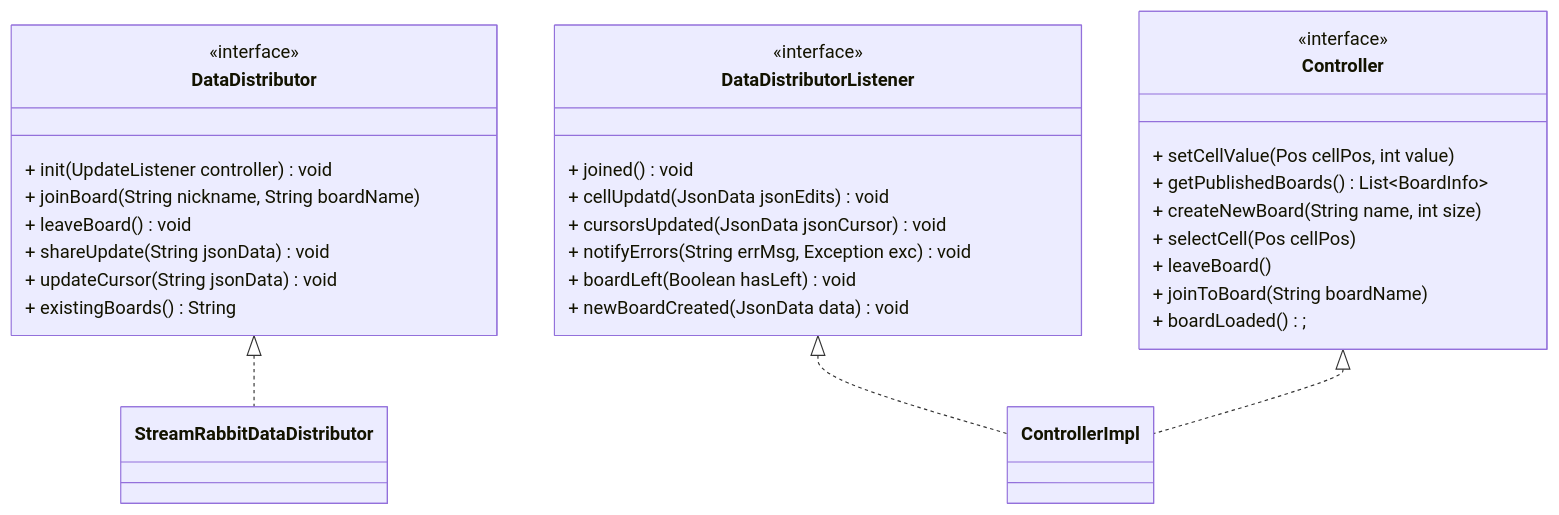
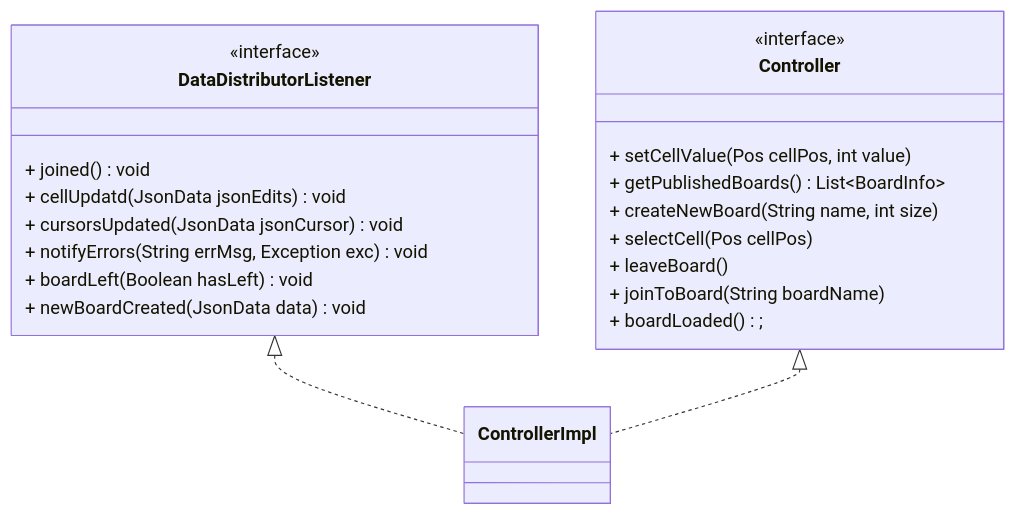
One commit to TeoV00/coop-sudoku-pcd changed the second of 8 diagrams in README.md. Above: the diagram before and after it, drawn with Mermaid. The commit also changed other lines of this file, not shown here.

````diff
--- a/README.md
+++ b/README.md
@@ -66,40 +51,29 @@
 ``` mermaid
 classDiagram
 
-DataDistributor <|.. StreamRabbitDataDistributor
 DataDistributorListener <|.. ControllerImpl
 Controller <|.. ControllerImpl
-
-class DataDistributor {
-  <<interface>>
-  + init(UpdateListener controller) void
-  + joinBoard(String nickname, String boardName)
-  + leaveBoard() void
-  + shareUpdate(String jsonData) void
-  + updateCursor(String jsonData) void
-  + existingBoards() String
-}
 
 class DataDistributorListener {
   <<interface>>
 
   + joined() void
   + cellUpdatd(JsonData jsonEdits) void 
   + cursorsUpdated(JsonData jsonCursor) void
   + notifyErrors(String errMsg, Exception exc) void
   + boardLeft(Boolean hasLeft) void
   + newBoardCreated(JsonData data) void
 }
 
 class Controller {
   <<interface>>
   + setCellValue(Pos cellPos, int value)
   + getPublishedBoards() List~BoardInfo~
   + createNewBoard(String name, int size)
   + selectCell(Pos cellPos)
   + leaveBoard()
   + joinToBoard(String boardName)
   + boardLoaded();
 }
 
 ```
````
